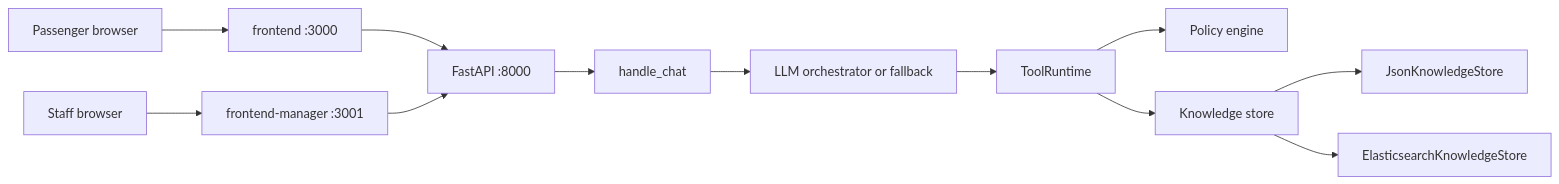
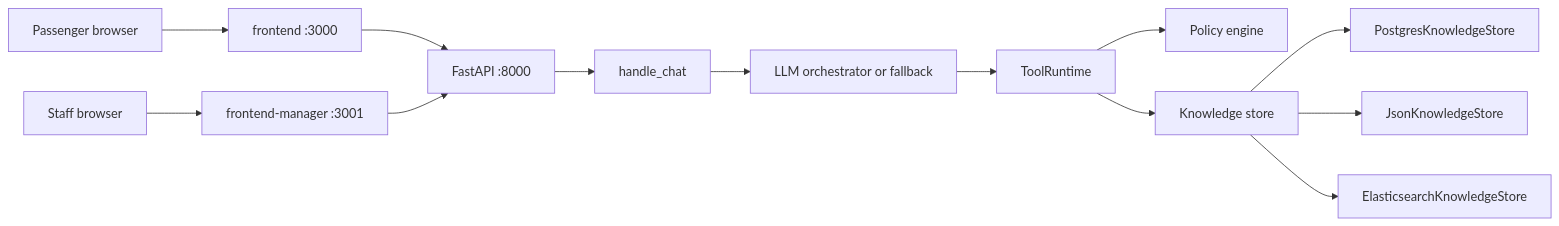
Before and after one commit to manish011003/CustomerFacingAgent: the first of 2 diagrams in docs/system-architecture.md, drawn with Mermaid. The commit also changed other lines of this file and 73 other files, not shown here.

````diff
--- a/docs/system-architecture.md
+++ b/docs/system-architecture.md
@@ -119,14 +120,15 @@
 ```mermaid
 flowchart LR
   P[Passenger browser] --> C[frontend :3000]
   S[Staff browser] --> O[frontend-manager :3001]
   C --> API[FastAPI :8000]
   O --> API
   API --> Loop[handle_chat]
   Loop --> Orch[LLM orchestrator or fallback]
   Orch --> Tools[ToolRuntime]
   Tools --> Eng[Policy engine]
   Tools --> KB[Knowledge store]
+  KB --> PG[PostgresKnowledgeStore]
   KB --> JSON[JsonKnowledgeStore]
   KB --> ES[ElasticsearchKnowledgeStore]
 ```
````
